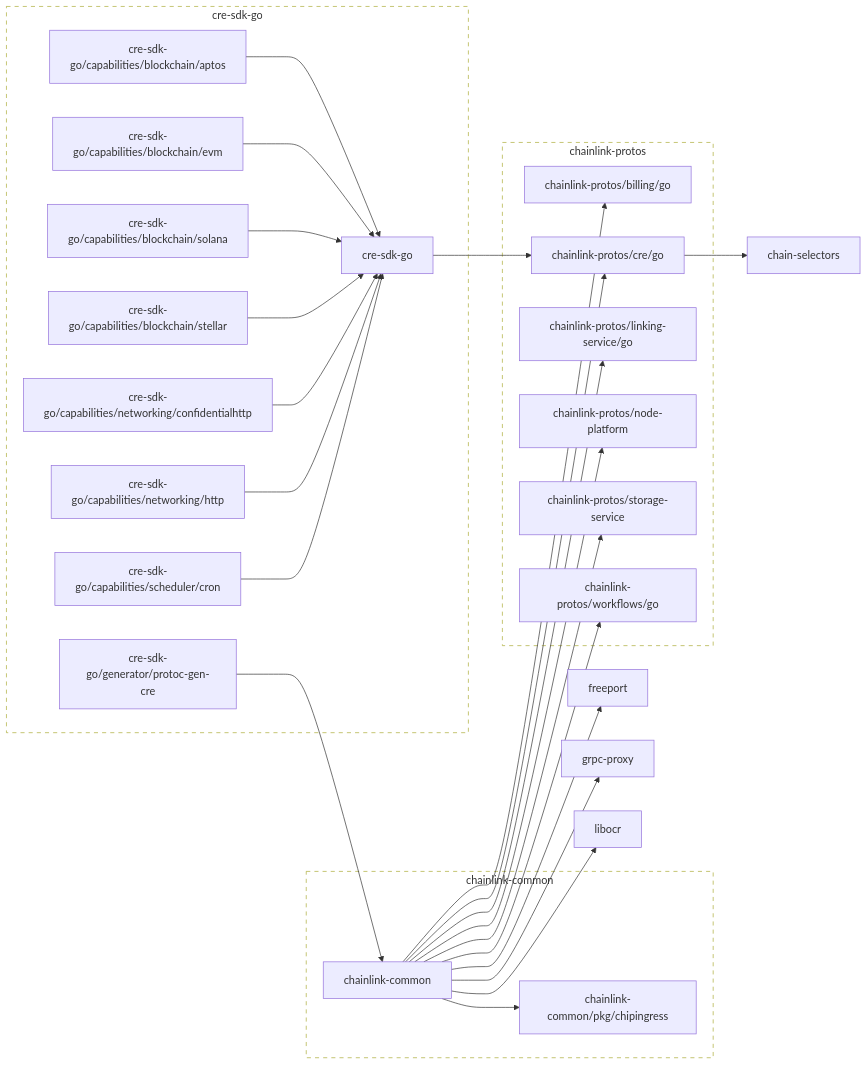
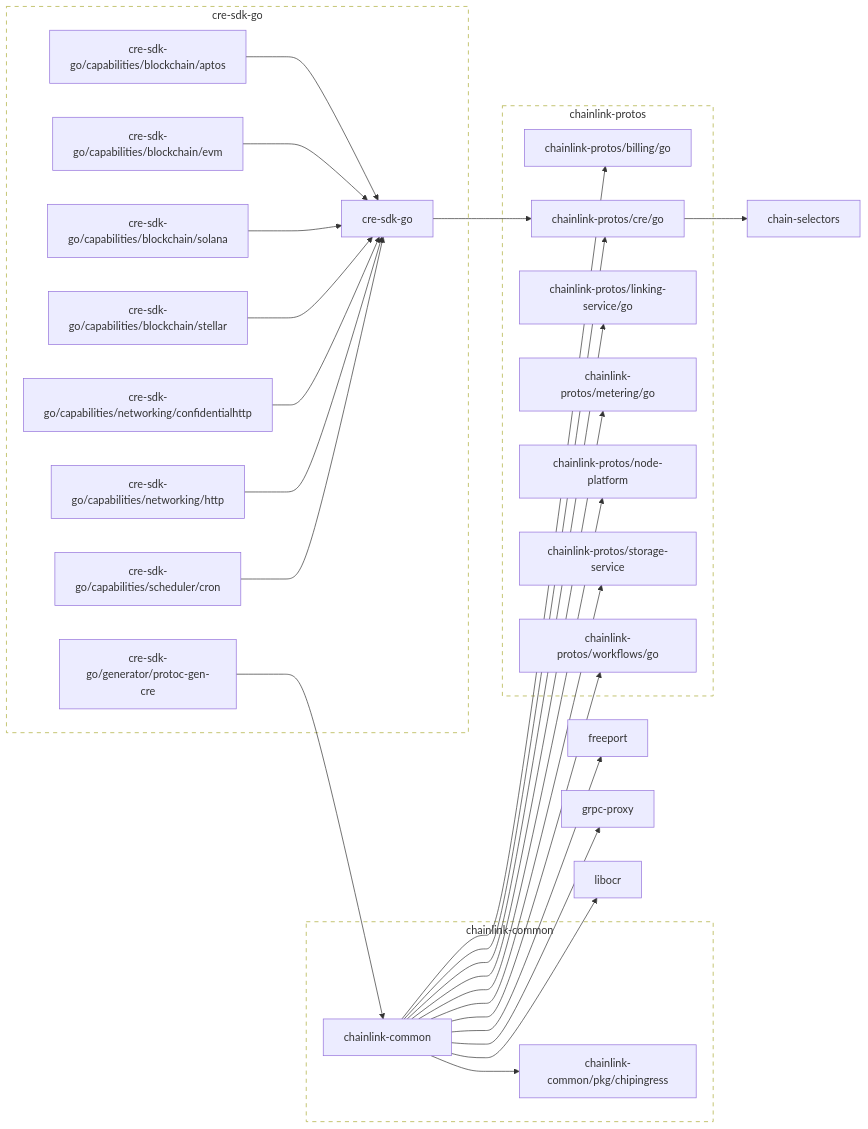
One commit to smartcontractkit/cre-sdk-go changed the diagram in go.md. Above: the diagram before and after it, drawn with Mermaid. The commit also changed 11 other files, not shown here.

```diff
--- a/go.md
+++ b/go.md
@@ -8,6 +8,7 @@
 	chainlink-common --> chainlink-protos/billing/go
 	chainlink-common --> chainlink-protos/cre/go
 	chainlink-common --> chainlink-protos/linking-service/go
+	chainlink-common --> chainlink-protos/metering/go
 	chainlink-common --> chainlink-protos/node-platform
 	chainlink-common --> chainlink-protos/storage-service
 	chainlink-common --> chainlink-protos/workflows/go
@@ -23,6 +24,8 @@
 	click chainlink-protos/cre/go href "https://github.com/smartcontractkit/chainlink-protos"
 	chainlink-protos/linking-service/go
 	click chainlink-protos/linking-service/go href "https://github.com/smartcontractkit/chainlink-protos"
+	chainlink-protos/metering/go
+	click chainlink-protos/metering/go href "https://github.com/smartcontractkit/chainlink-protos"
 	chainlink-protos/node-platform
 	click chainlink-protos/node-platform href "https://github.com/smartcontractkit/chainlink-protos"
 	chainlink-protos/storage-service
@@ -64,6 +67,7 @@
 		 chainlink-protos/billing/go
 		 chainlink-protos/cre/go
 		 chainlink-protos/linking-service/go
+		 chainlink-protos/metering/go
 		 chainlink-protos/node-platform
 		 chainlink-protos/storage-service
 		 chainlink-protos/workflows/go
```
